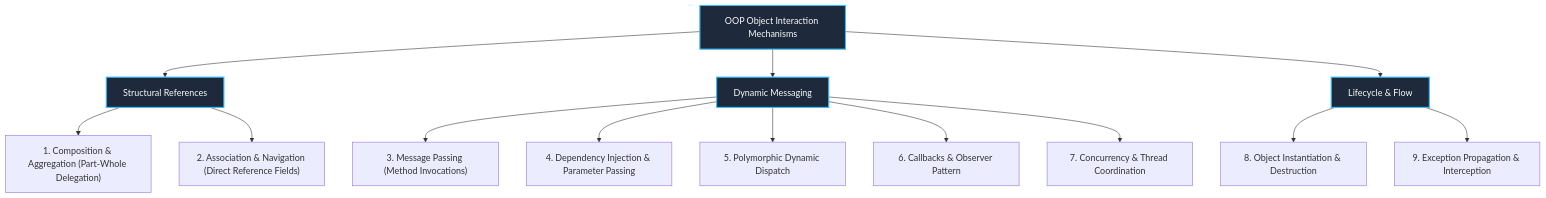
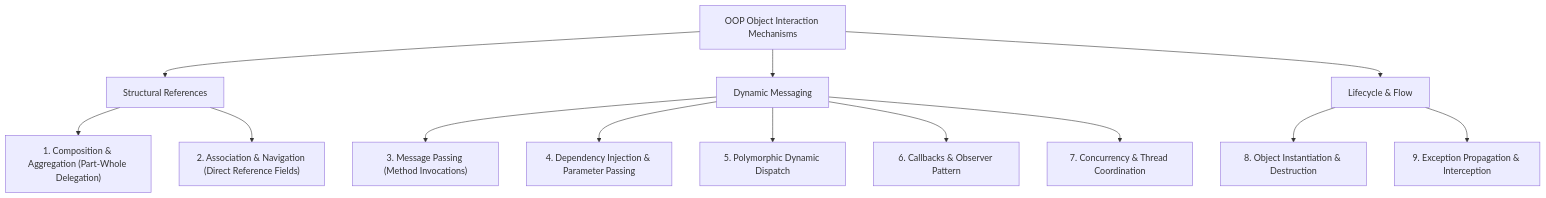
Before and after one commit to AkmKawser/System-Design: the first of 4 diagrams in topics/1.LLD/UML-DIAGRAMMING/output/query_UML-DIAGRAMMING/002_sequence_diagram_and_object_interactions.md, drawn with Mermaid. The commit also changed other lines of this file and 6 other files, not shown here.

Commit message:
fix(diagrams): remove dark fills and rects to ensure full visibility on GitHub light theme

````diff
--- a/topics/1.LLD/UML-DIAGRAMMING/output/query_UML-DIAGRAMMING/002_sequence_diagram_and_object_interactions.md
+++ b/topics/1.LLD/UML-DIAGRAMMING/output/query_UML-DIAGRAMMING/002_sequence_diagram_and_object_interactions.md
@@ -25,21 +25,19 @@
 ```mermaid
 flowchart TD
     OOP["OOP Object Interaction Mechanisms"] --> StaticRel["Structural References"]
     OOP --> DynamicRel["Dynamic Messaging"]
     OOP --> Lifecycle["Lifecycle & Flow"]
 
     StaticRel --> Comp["1. Composition & Aggregation (Part-Whole Delegation)"]
     StaticRel --> Assoc["2. Association & Navigation (Direct Reference Fields)"]
 
     DynamicRel --> Msg["3. Message Passing (Method Invocations)"]
     DynamicRel --> Dep["4. Dependency Injection & Parameter Passing"]
     DynamicRel --> Poly["5. Polymorphic Dynamic Dispatch"]
     DynamicRel --> Callbacks["6. Callbacks & Observer Pattern"]
     DynamicRel --> Concur["7. Concurrency & Thread Coordination"]
 
     Lifecycle --> Life["8. Object Instantiation & Destruction"]
     Lifecycle --> Excep["9. Exception Propagation & Interception"]
 
-    classDef stage fill:#1e293b,stroke:#38bdf8,stroke-width:2px,color:#f8fafc;
-    class OOP,StaticRel,DynamicRel,Lifecycle stage;
 ```
````
